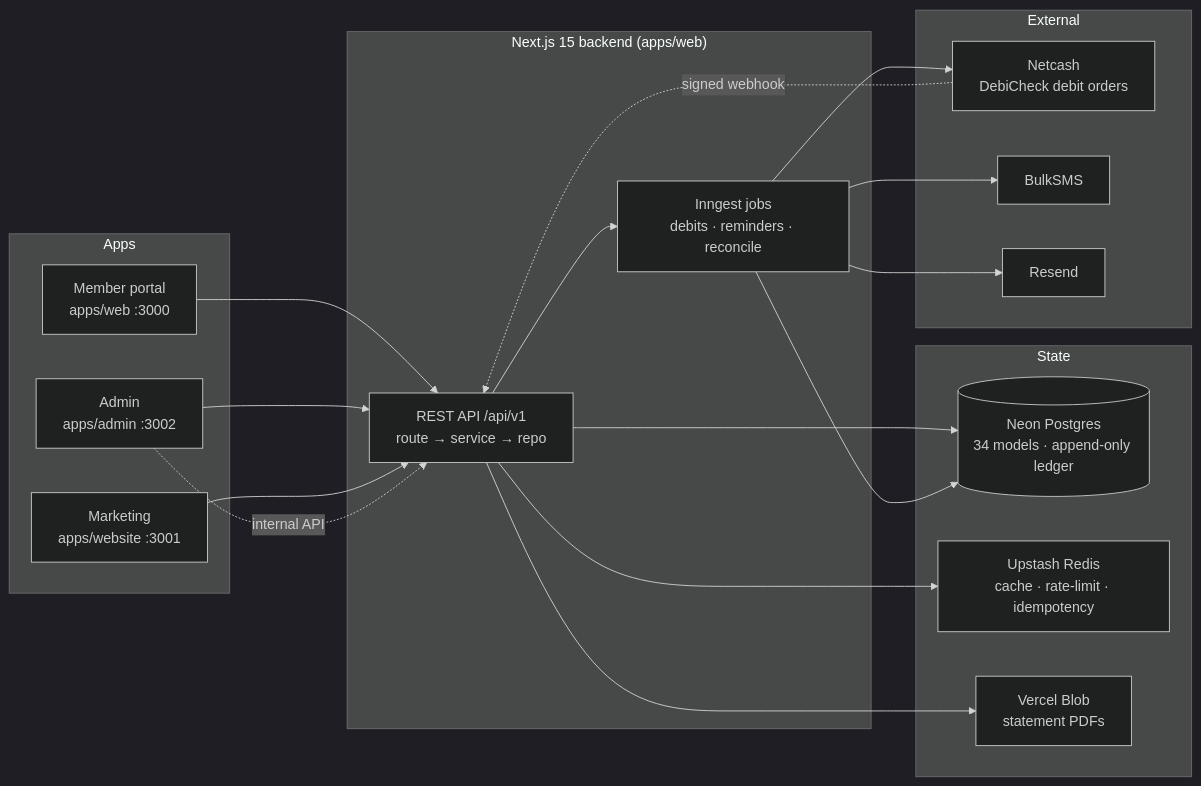
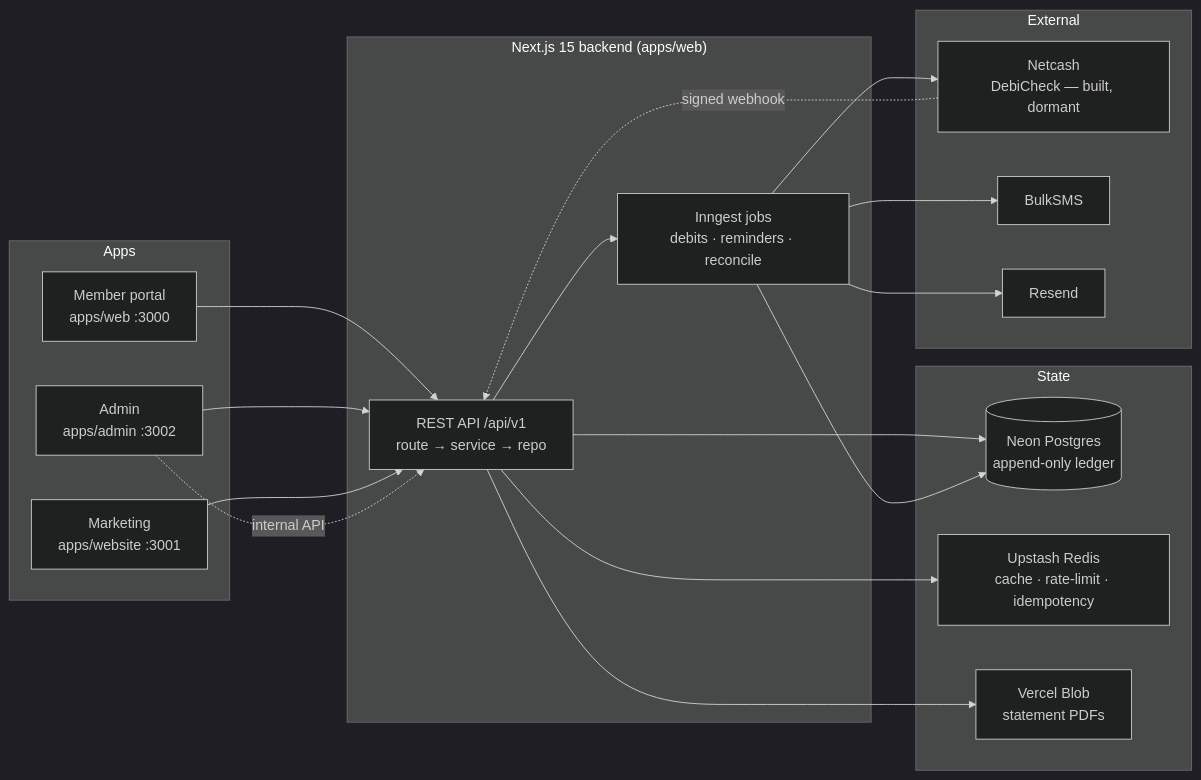
The diagram in README.md (KSDRILL-SA/Xkimi-Xa-Mali), drawn with Mermaid (dark theme) before and after one commit. The commit also changed other lines of this file and 12 other files, not shown here.

````diff
--- a/README.md
+++ b/README.md
@@ -7,29 +15,29 @@
 ```mermaid
 flowchart LR
     subgraph clients["Apps"]
         WEB["Member portal<br/>apps/web :3000"]
         ADM["Admin<br/>apps/admin :3002"]
         SITE["Marketing<br/>apps/website :3001"]
     end
     subgraph core["Next.js 15 backend (apps/web)"]
         API["REST API /api/v1<br/>route → service → repo"]
         JOBS["Inngest jobs<br/>debits · reminders · reconcile"]
     end
     subgraph data["State"]
-        DB[("Neon Postgres<br/>34 models · append-only ledger")]
+        DB[("Neon Postgres<br/>append-only ledger")]
         REDIS["Upstash Redis<br/>cache · rate-limit · idempotency"]
         BLOB["Vercel Blob<br/>statement PDFs"]
     end
     subgraph ext["External"]
-        NC["Netcash<br/>DebiCheck debit orders"]
+        NC["Netcash<br/>DebiCheck — built, dormant"]
         SMS["BulkSMS"]
         MAIL["Resend"]
     end
 
     WEB & ADM & SITE --> API
     ADM -.internal API.-> API
     API --> DB & REDIS & BLOB
     API --> JOBS
     JOBS --> DB & NC & SMS & MAIL
     NC -.signed webhook.-> API
 ```
````
